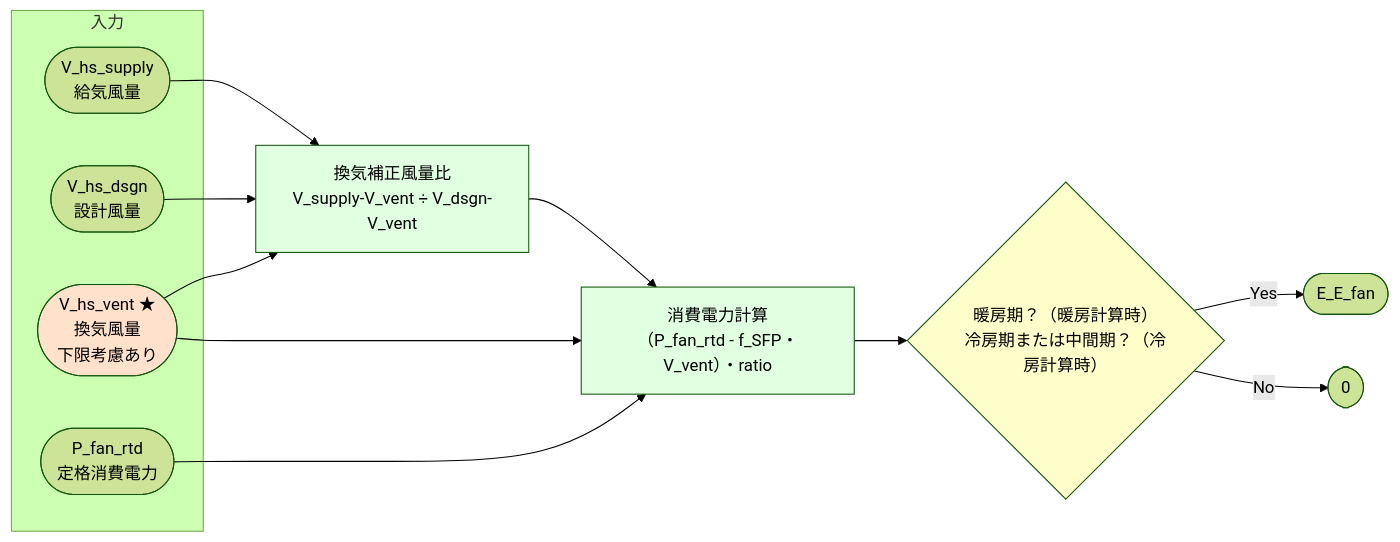
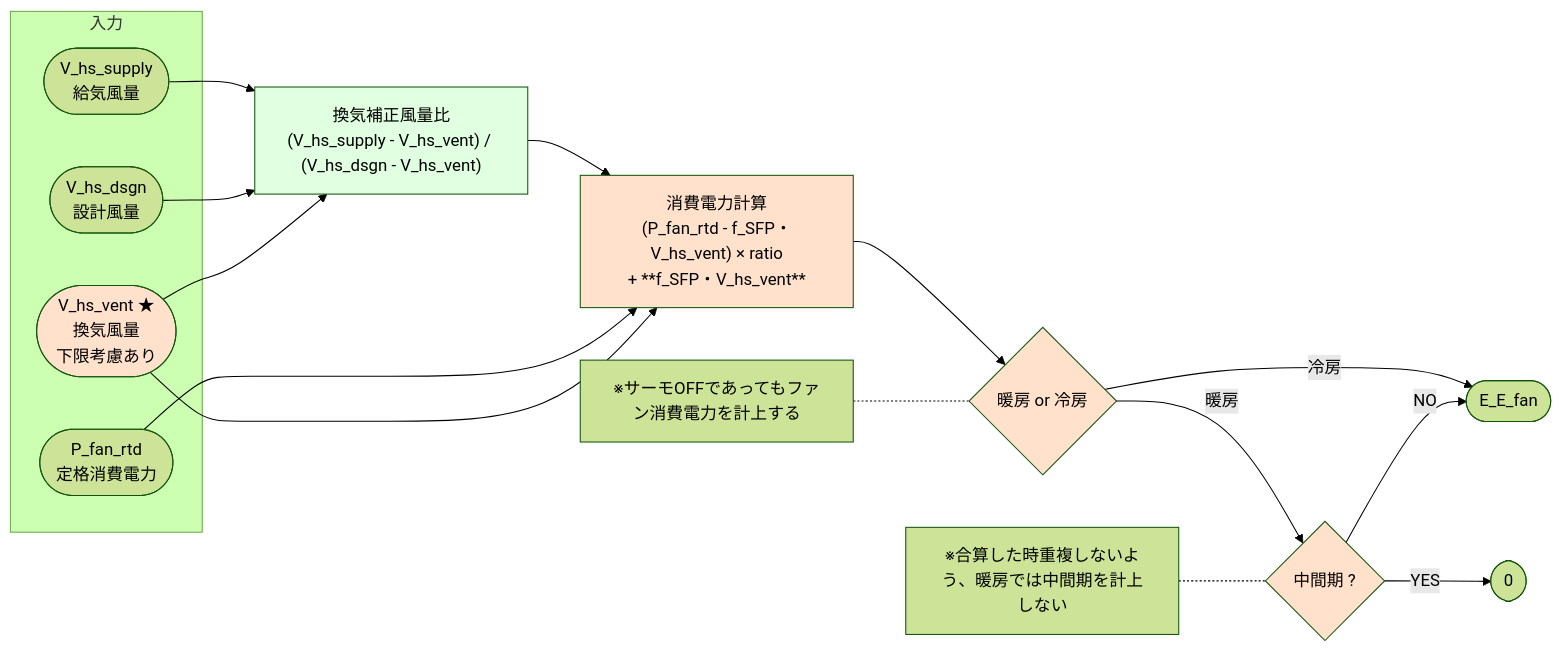
Before and after one commit to iguchi-lab/Verification-Platform-Next: the seventh of 8 diagrams in docs/最低風量_最低電力_直接入力.md, drawn with Mermaid (forest theme). The commit also changed other lines of this file, not shown here.

````diff
--- a/docs/最低風量_最低電力_直接入力.md
+++ b/docs/最低風量_最低電力_直接入力.md
@@ -251,27 +251,33 @@
 ```mermaid
 flowchart LR
 
 subgraph 入力
-    V([V_hs_supply<br/>給気風量])
-    V_dsgn([V_hs_dsgn<br/>設計風量])
-    V_vent([V_hs_vent ★<br/>換気風量<br/>下限考慮あり])
-    P([P_fan_rtd<br/>定格消費電力])
+    V(["V_hs_supply<br/>給気風量"])
+    V_dsgn(["V_hs_dsgn<br/>設計風量"])
+    V_vent(["V_hs_vent ★<br/>換気風量<br/>下限考慮あり"])
+    P(["P_fan_rtd<br/>定格消費電力"])
 end
 
-V --> Ratio[換気補正風量比<br/>V_supply-V_vent ÷ V_dsgn-V_vent ]
+V --> Ratio["換気補正風量比<br/>(V_hs_supply - V_hs_vent) / (V_hs_dsgn - V_hs_vent)"]
 V_dsgn --> Ratio
 V_vent --> Ratio
 
-Ratio --> Power[消費電力計算<br/>（P_fan_rtd - f_SFP・V_vent）・ratio]
+Ratio --> Power["消費電力計算<br/>(P_fan_rtd - f_SFP・V_hs_vent) × ratio</br>+ **f_SFP・V_hs_vent**"]
 P --> Power
 V_vent --> Power
 
-Power --> Check{暖房期？（暖房計算時）<br/>冷房期または中間期？（冷房計算時）}
-Check -->|Yes| Result([E_E_fan])
-Check -->|No| Zero([0])
+Power --> Check2{暖房 or 冷房}
+Check2 --> |暖房| Check3{中間期 ?}
+Check2 --> |冷房| Result(["E_E_fan"])
+Note1[※サーモOFFであってもファン消費電力を計上する] -.- Check2
+
+Check3 -->|NO| Result
+Check3 -->|YES| Zero([0])
+Note2[※合算した時重複しないよう、暖房では中間期を計上しない] -.- Check3
 
 style Ratio fill:#e1ffe1
-style Power fill:#e1ffe1
-style Check fill:#ffffcc
+style Power fill:#ffe1cc
+style Check2 fill:#ffe1cc
+style Check3 fill:#ffe1cc
 style V_vent fill:#ffe1cc
 ```
````
